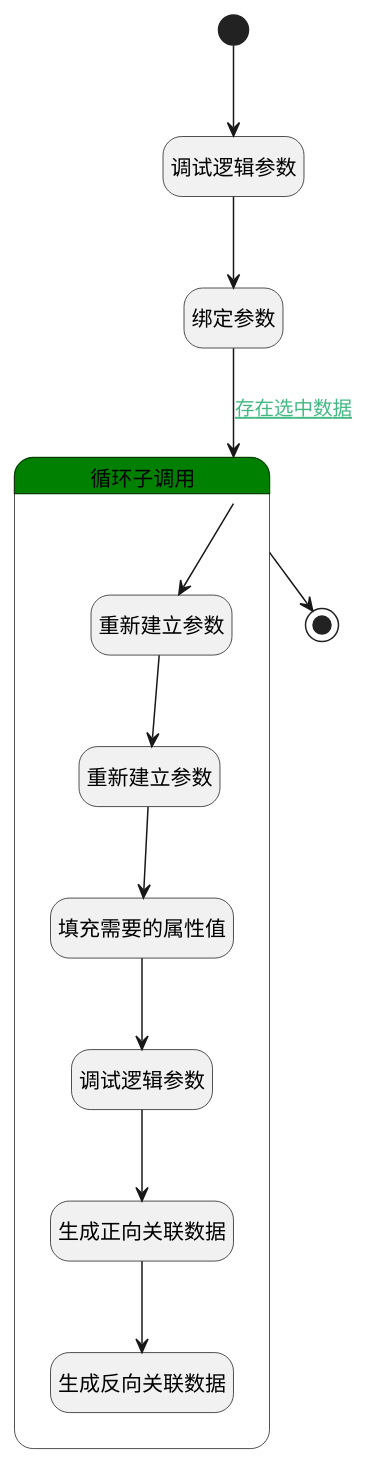
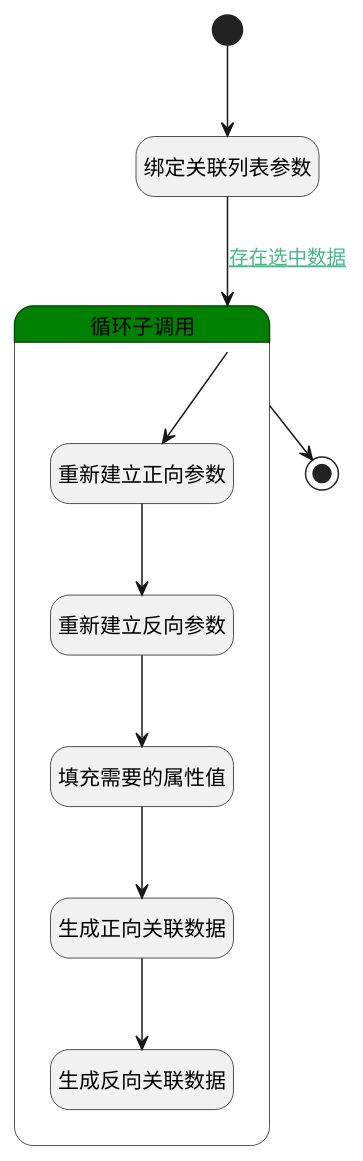
The diagram in doc/docsify/module/TestMgmt/review/logic/add_review_content.md (iBizLab/plm), drawn with PlantUML before and after one commit. The commit also changed other lines of this file and 1778 other files, not shown here.

````diff
--- a/doc/docsify/module/TestMgmt/review/logic/add_review_content.md
+++ b/doc/docsify/module/TestMgmt/review/logic/add_review_content.md
@@ -7,38 +7,34 @@
 ```plantuml
 @startuml
 hide empty description
 <style>
 root {
   HyperlinkColor #42b983
 }
 </style>
 
 hide empty description
 state "开始" as Begin <<start>> [[$./add_review_content#begin {"开始"}]]
-state "调试逻辑参数" as DEBUGPARAM1  [[$./add_review_content#debugparam1 {"调试逻辑参数"}]]
-state "绑定参数" as BINDPARAM1  [[$./add_review_content#bindparam1 {"绑定参数"}]]
+state "绑定关联列表参数" as BINDPARAM1  [[$./add_review_content#bindparam1 {"绑定关联列表参数"}]]
 state "结束" as END1 <<end>> [[$./add_review_content#end1 {"结束"}]]
 state "循环子调用" as LOOPSUBCALL1  [[$./add_review_content#loopsubcall1 {"循环子调用"}]] #green {
-state "重新建立参数" as RENEWPARAM1  [[$./add_review_content#renewparam1 {"重新建立参数"}]]
-state "重新建立参数" as RENEWPARAM2  [[$./add_review_content#renewparam2 {"重新建立参数"}]]
+state "重新建立正向参数" as RENEWPARAM1  [[$./add_review_content#renewparam1 {"重新建立正向参数"}]]
+state "重新建立反向参数" as RENEWPARAM2  [[$./add_review_content#renewparam2 {"重新建立反向参数"}]]
 state "填充需要的属性值" as PREPAREPARAM1  [[$./add_review_content#prepareparam1 {"填充需要的属性值"}]]
-state "调试逻辑参数" as DEBUGPARAM2  [[$./add_review_content#debugparam2 {"调试逻辑参数"}]]
 state "生成正向关联数据" as DEACTION1  [[$./add_review_content#deaction1 {"生成正向关联数据"}]]
 state "生成反向关联数据" as DEACTION2  [[$./add_review_content#deaction2 {"生成反向关联数据"}]]
 }
 
 
-Begin --> DEBUGPARAM1
-DEBUGPARAM1 --> BINDPARAM1
+Begin --> BINDPARAM1
 BINDPARAM1 --> LOOPSUBCALL1 : [[$./add_review_content#bindparam1-loopsubcall1{存在选中数据} 存在选中数据]]
 LOOPSUBCALL1 --> RENEWPARAM1
 RENEWPARAM1 --> RENEWPARAM2
 RENEWPARAM2 --> PREPAREPARAM1
-PREPAREPARAM1 --> DEBUGPARAM2
-DEBUGPARAM2 --> DEACTION1
+PREPAREPARAM1 --> DEACTION1
 DEACTION1 --> DEACTION2
 LOOPSUBCALL1 --> END1
 
 
 @enduml
 ```
````
